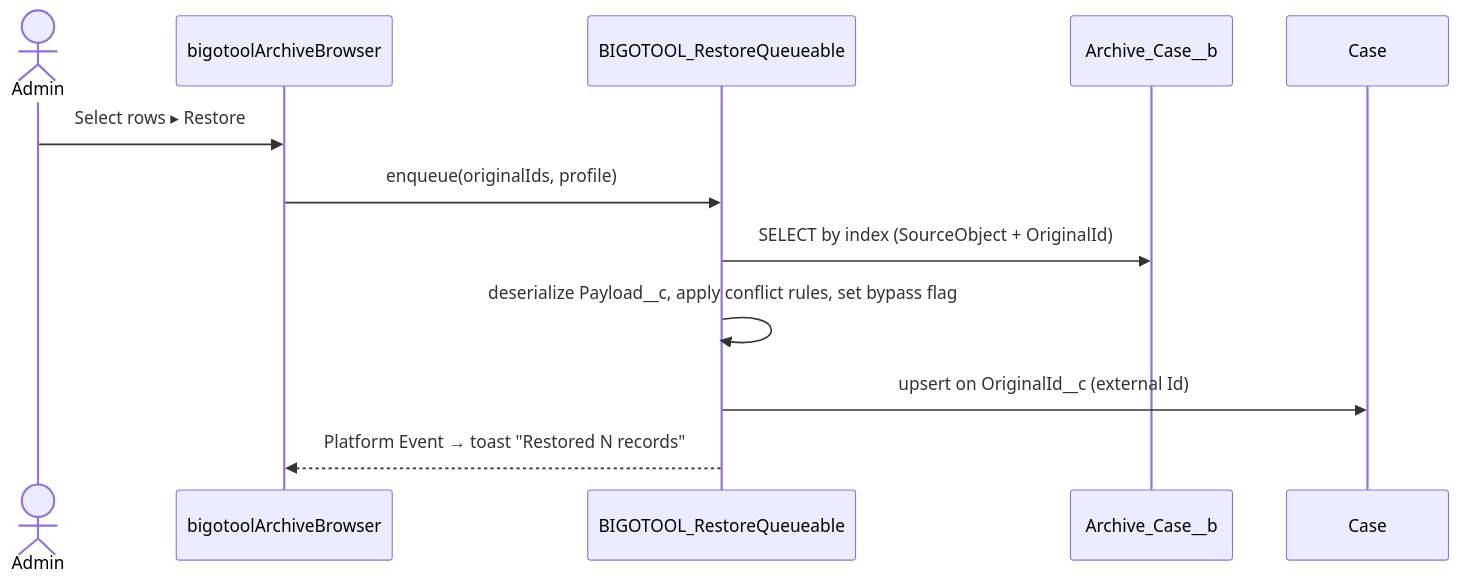
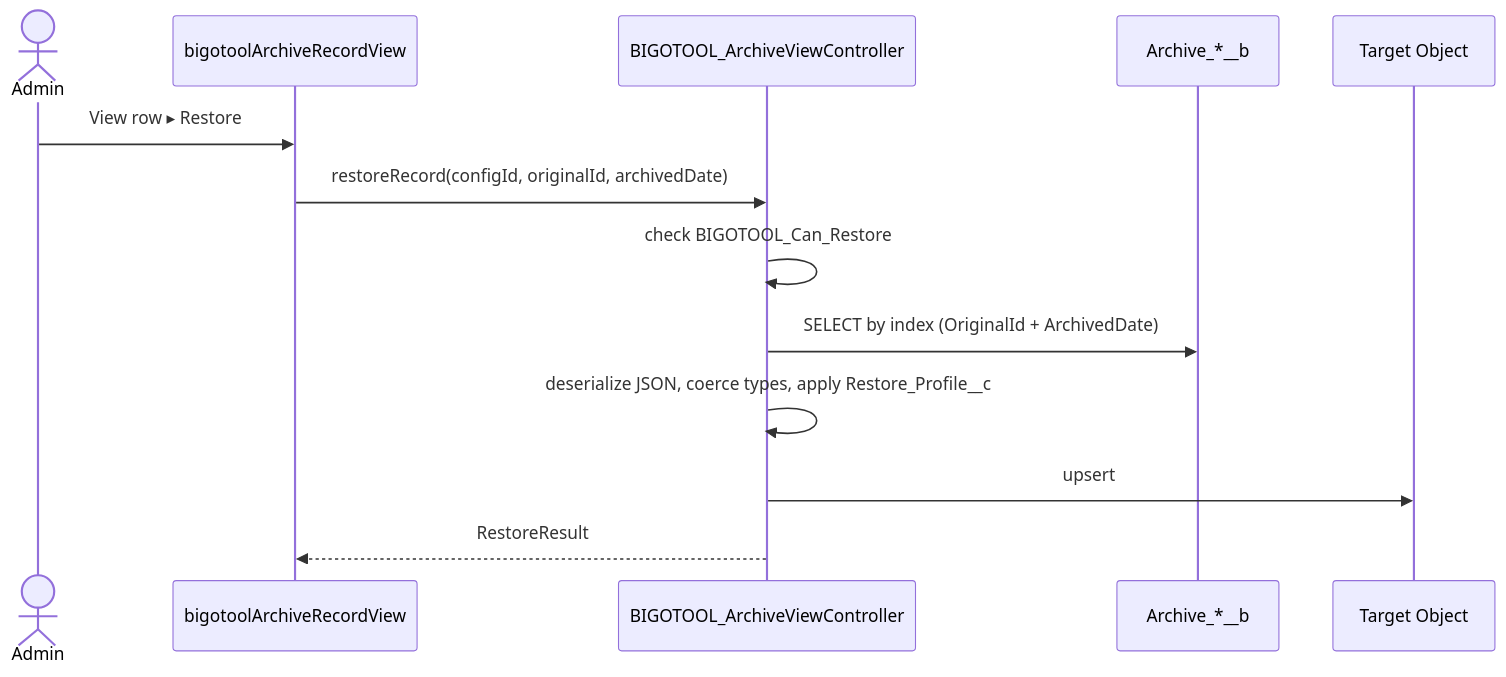
Before and after one commit to sonicfurqan/Salesforce-Big-Object-Toolkit: the sixth of 7 diagrams in docs/ARCHITECTURE.md, drawn with Mermaid. The commit also changed other lines of this file and 11 other files, not shown here.

````diff
--- a/docs/ARCHITECTURE.md
+++ b/docs/ARCHITECTURE.md
@@ -640,15 +480,16 @@
 ```mermaid
 sequenceDiagram
     actor Admin
-    participant UI as bigotoolArchiveBrowser
-    participant Q as BIGOTOOL_RestoreQueueable
-    participant BO as Archive_Case__b
-    participant Src as Case
+    participant UI as bigotoolArchiveRecordView
+    participant AVC as BIGOTOOL_ArchiveViewController
+    participant BO as Archive_*__b
+    participant Tgt as Target Object
 
-    Admin->>UI: Select rows ▸ Restore
-    UI->>Q: enqueue(originalIds, profile)
-    Q->>BO: SELECT by index (SourceObject + OriginalId)
-    Q->>Q: deserialize Payload__c, apply conflict rules, set bypass flag
-    Q->>Src: upsert on OriginalId__c (external Id)
-    Q-->>UI: Platform Event → toast "Restored N records"
+    Admin->>UI: View row ▸ Restore
+    UI->>AVC: restoreRecord(configId, originalId, archivedDate)
+    AVC->>AVC: check BIGOTOOL_Can_Restore
+    AVC->>BO: SELECT by index (OriginalId + ArchivedDate)
+    AVC->>AVC: deserialize JSON, coerce types, apply Restore_Profile__c
+    AVC->>Tgt: upsert
+    AVC-->>UI: RestoreResult
 ```
````
